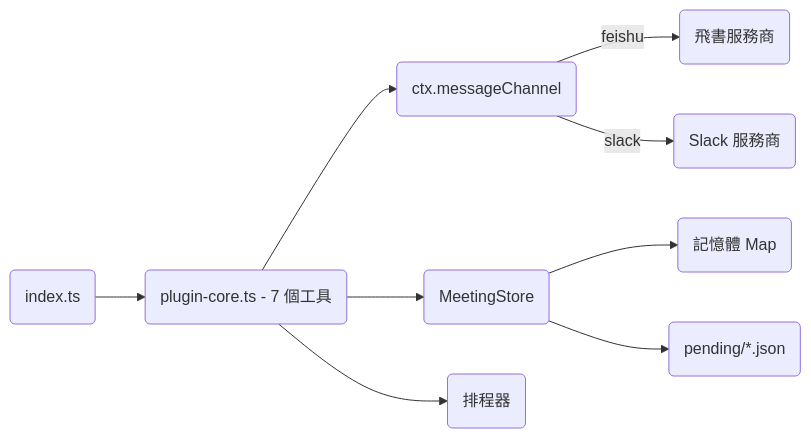
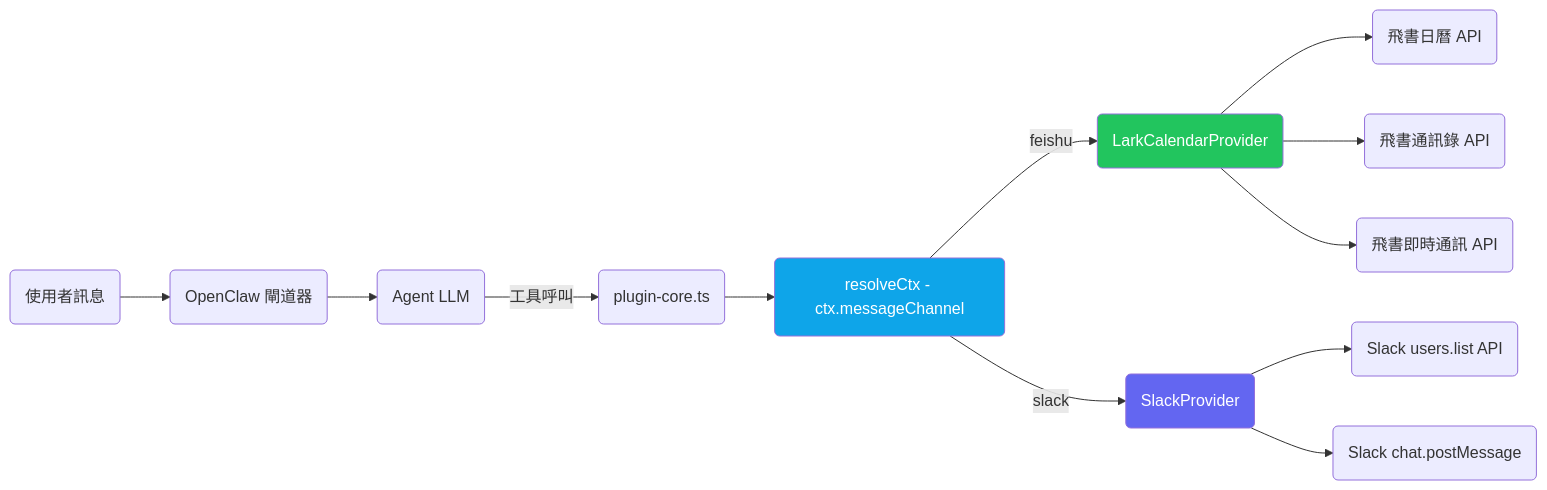
The second of 13 diagrams in README.zh-TW.md (javana3/claw_meeting_all), drawn with Mermaid before and after one commit. The commit also changed other lines of this file and 4 other files, not shown here.

First line of the commit message:
docs: rewrite all 5 READMEs with detailed Plugin/Skill flow + diff

````diff
--- a/README.zh-TW.md
+++ b/README.zh-TW.md
@@ -90,11 +66,18 @@
 ```mermaid
 graph LR
-    IDX(index.ts) --> CORE(plugin-core.ts - 7 個工具)
-    CORE --> ROUTER(ctx.messageChannel)
-    ROUTER -->|feishu| LP(飛書服務商)
-    ROUTER -->|slack| SP(Slack 服務商)
-    CORE --> STORE(MeetingStore)
-    STORE --> MEM(記憶體 Map)
-    STORE --> DISK(pending/*.json)
-    CORE --> SCH(排程器)
+    MSG(使用者訊息) --> GW(OpenClaw 閘道器)
+    GW --> AGENT(Agent LLM)
+    AGENT -->|工具呼叫| CORE(plugin-core.ts)
+    CORE --> CTX(resolveCtx - ctx.messageChannel)
+    CTX -->|feishu| LP(LarkCalendarProvider)
+    CTX -->|slack| SP(SlackProvider)
+    LP --> LAPI(飛書日曆 API)
+    LP --> LDIR(飛書通訊錄 API)
+    LP --> LDM(飛書即時通訊 API)
+    SP --> SDIR(Slack users.list API)
+    SP --> SDM(Slack chat.postMessage)
+
+    style CTX fill:#0ea5e9,color:#fff
+    style LP fill:#22c55e,color:#fff
+    style SP fill:#6366f1,color:#fff
 ```
````
